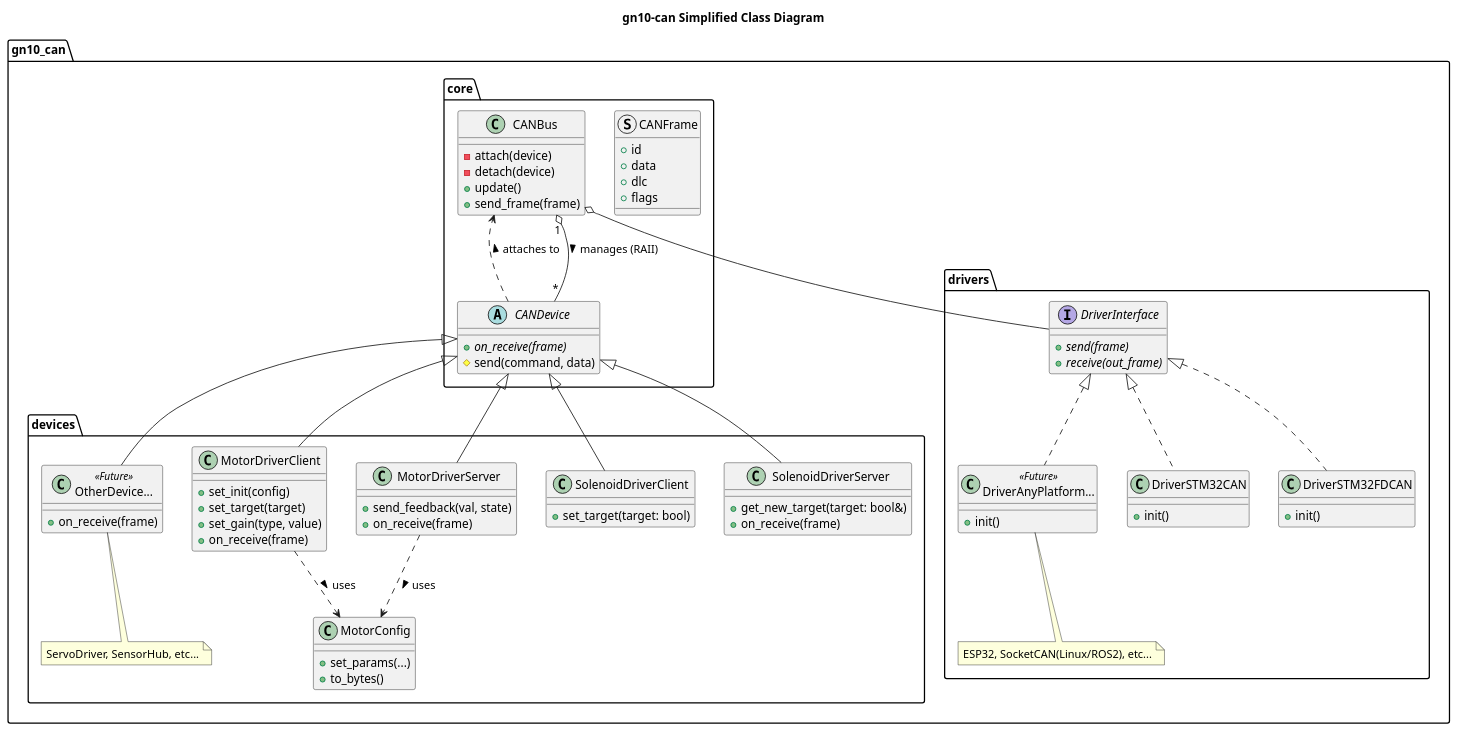
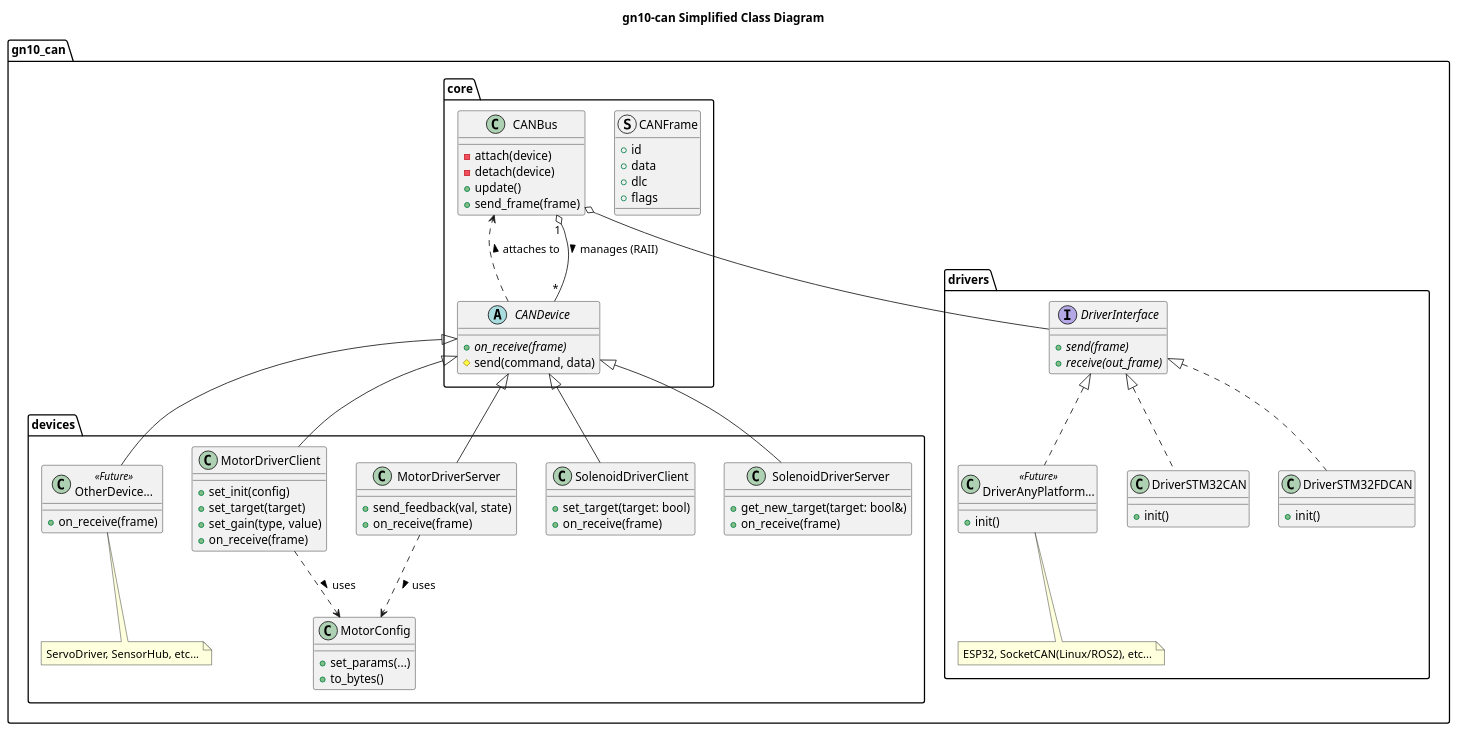
Before and after one commit to ararobo/GN10CANModels: the diagram in uml/class_simplified.pu, drawn with PlantUML.

```diff
--- a/uml/class_simplified.pu
+++ b/uml/class_simplified.pu
@@ -1,98 +1,99 @@
 @startuml class_diagram_simplified
 title gn10-can Simplified Class Diagram
 
 namespace gn10_can {
 
     namespace core {
         struct CANFrame {
             + id
             + data
             + dlc
             + flags
         }
 
         class CANBus {
             - attach(device)
             - detach(device)
             + update()
             + send_frame(frame)
         }
 
         abstract class CANDevice {
             + {abstract} on_receive(frame)
             # send(command, data)
         }
     }
 
     namespace drivers {
         interface DriverInterface {
             + {abstract} send(frame)
             + {abstract} receive(out_frame)
         }
 
         class DriverSTM32CAN {
             + init()
         }
 
         class DriverSTM32FDCAN {
             + init()
         }
 
         class "DriverAnyPlatform..." as DriverOther <<Future>> {
             + init()
         }
         note "ESP32, SocketCAN(Linux/ROS2), etc..." as NoteDriverOther
         DriverOther .. NoteDriverOther
     }
 
     namespace devices {
         class MotorDriverClient {
             + set_init(config)
             + set_target(target)
             + set_gain(type, value)
             + on_receive(frame)
         }
 
         class MotorDriverServer {
             + send_feedback(val, state)
             + on_receive(frame)
         }
 
         class MotorConfig {
             + set_params(...)
             + to_bytes()
         }
 
         class SolenoidDriverClient {
             + set_target(target: bool)
+            + on_receive(frame)
         }
 
         class SolenoidDriverServer {
             + get_new_target(target: bool&)
             + on_receive(frame)
         }
 
         class "OtherDevice..." as OtherDevice <<Future>> {
             + on_receive(frame)
         }
         note "ServoDriver, SensorHub, etc..." as NoteOtherDevice
         OtherDevice .. NoteOtherDevice
     }
 
     core.CANBus o-- drivers.DriverInterface
     core.CANBus "1" o-- "*" core.CANDevice : manages (RAII) >
     core.CANDevice <|-- devices.MotorDriverClient
     core.CANDevice <|-- devices.MotorDriverServer
     core.CANDevice <|-- devices.SolenoidDriverClient
     core.CANDevice <|-- devices.SolenoidDriverServer
     core.CANDevice <|-- devices.OtherDevice
     core.CANDevice ..> core.CANBus : attaches to >
     devices.MotorDriverClient ..> devices.MotorConfig : uses >
     devices.MotorDriverServer ..> devices.MotorConfig : uses >
 
     drivers.DriverInterface <|.. drivers.DriverSTM32CAN
     drivers.DriverInterface <|.. drivers.DriverSTM32FDCAN
     drivers.DriverInterface <|.. drivers.DriverOther
 }
 
 @enduml
```
